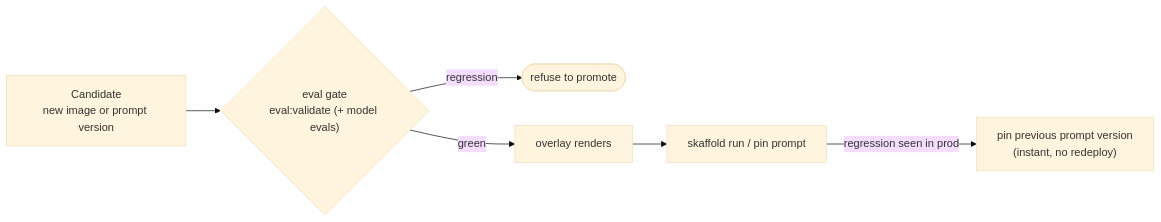
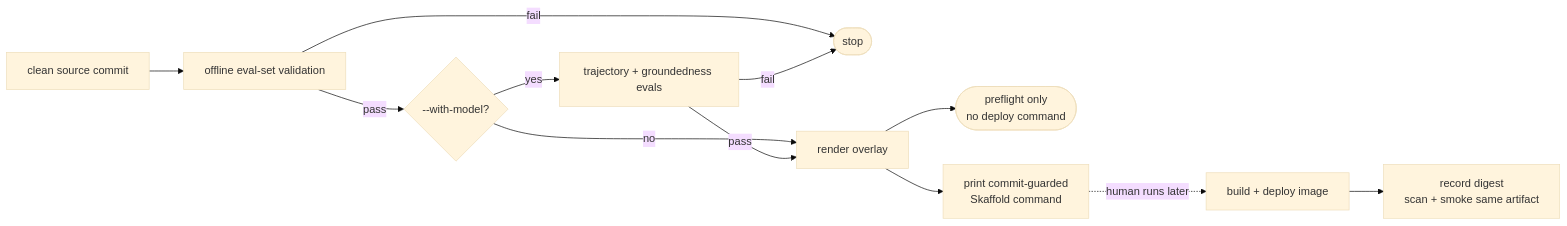
Before and after one commit to LuiGGi629/agentops-open-course: the diagram in docs/6. Platform/6.7. Progressive Delivery.md, drawn with Mermaid (base theme). The commit also changed other lines of this file and 121 other files, not shown here.

````diff
--- a/docs/6. Platform/6.7. Progressive Delivery.md
+++ b/docs/6. Platform/6.7. Progressive Delivery.md
@@ -21,8 +21,14 @@
 ```mermaid
 flowchart LR
-    Candidate["Candidate<br/>new image or prompt version"] --> Gate{"eval gate<br/>eval:validate (+ model evals)"}
-    Gate -->|regression| Stop(["refuse to promote"])
-    Gate -->|green| Render["overlay renders"]
-    Render --> Promote["skaffold run / pin prompt"]
-    Promote -->|regression seen in prod| Rollback["pin previous prompt version<br/>(instant, no redeploy)"]
+    Candidate["clean source commit"] --> Validate["offline eval-set validation"]
+    Validate -->|fail| Stop(["stop"])
+    Validate -->|pass| Model{"--with-model?"}
+    Model -->|no| Render["render overlay"]
+    Render --> Offline(["preflight only<br/>no deploy command"])
+    Model -->|yes| Evals["trajectory + groundedness evals"]
+    Evals -->|fail| Stop
+    Evals -->|pass| Render
+    Render --> Command["print commit-guarded<br/>Skaffold command"]
+    Command -. "human runs later" .-> Build["build + deploy image"]
+    Build --> Evidence["record digest<br/>scan + smoke same artifact"]
 ```
````
